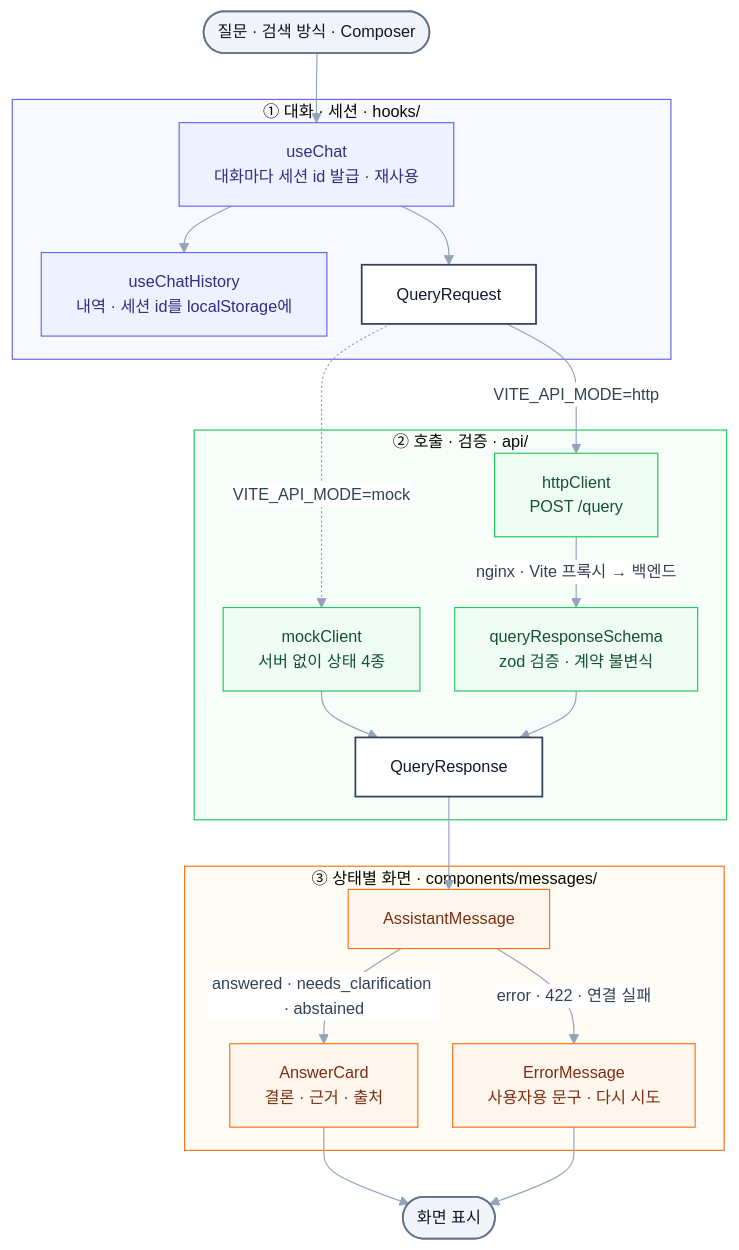
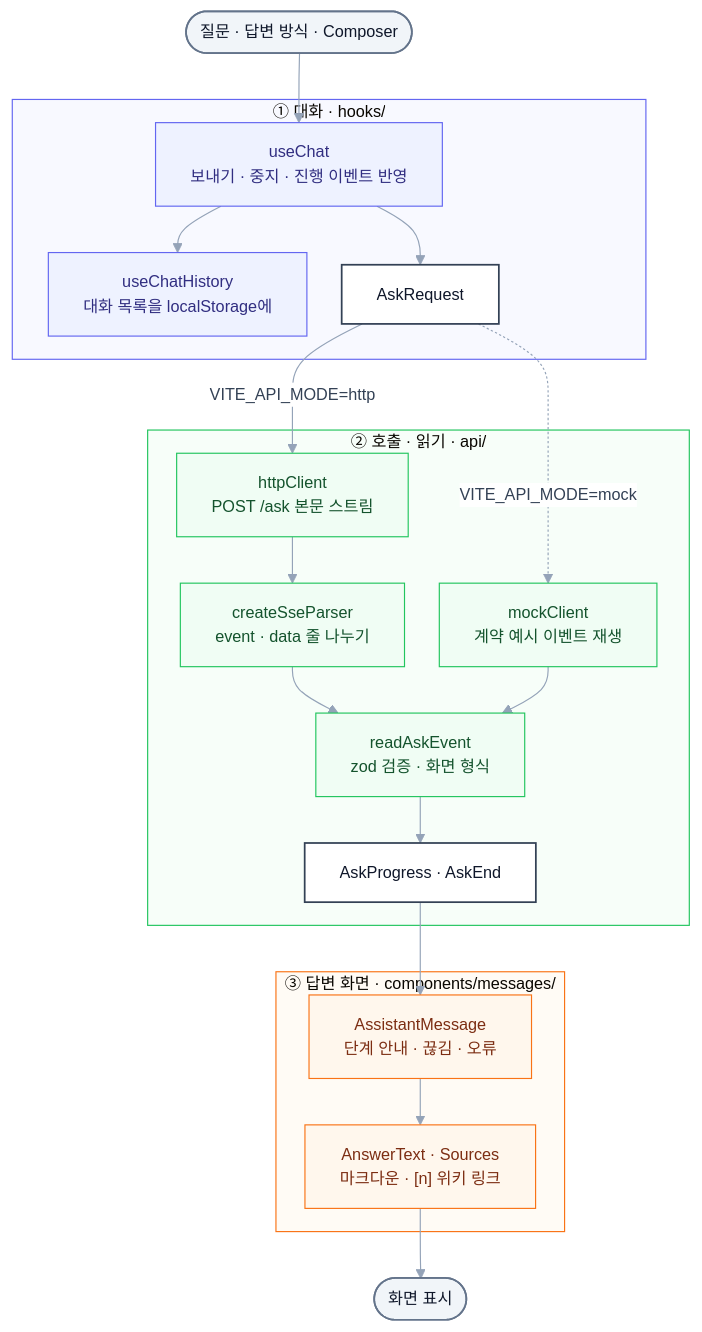
Before and after one commit to calm-sea-psy/llm-playground-web: the diagram in README.md, drawn with Mermaid. The commit also changed other lines of this file, not shown here.

````diff
--- a/README.md
+++ b/README.md
@@ -7,50 +7,49 @@
 ```mermaid
 %%{init: {"theme": "base", "flowchart": {"htmlLabels": true, "curve": "basis", "nodeSpacing": 30, "rankSpacing": 40}, "themeVariables": {"fontSize": "14px", "lineColor": "#94A3B8", "clusterBkg": "#FFFFFF", "clusterBorder": "#CBD5E1", "edgeLabelBackground": "#FFFFFF", "primaryTextColor": "#334155"}}}%%
 
 flowchart TD
-    IN(["질문 · 검색 방식 · Composer"]):::io
+    IN(["질문 · 답변 방식 · Composer"]):::io
 
-    subgraph S1["① 대화 · 세션 · hooks/"]
-        A1["useChat<br/>대화마다 세션 id 발급 · 재사용"]:::s1
-        A2["useChatHistory<br/>내역 · 세션 id를 localStorage에"]:::s1
-        R1["QueryRequest"]:::out
+    subgraph S1["① 대화 · hooks/"]
+        A1["useChat<br/>보내기 · 중지 · 진행 이벤트 반영"]:::s1
+        A2["useChatHistory<br/>대화 목록을 localStorage에"]:::s1
+        R1["AskRequest"]:::out
         A1 --> A2
         A1 --> R1
     end
 
-    subgraph S2["② 호출 · 검증 · api/"]
-        B1["httpClient<br/>POST /query"]:::s2
-        B2["mockClient<br/>서버 없이 상태 4종"]:::s2
-        B3["queryResponseSchema<br/>zod 검증 · 계약 불변식"]:::s2
-        R2["QueryResponse"]:::out
-        B1 -->|"nginx · Vite 프록시 → 백엔드"| B3
-        B2 --> R2
-        B3 --> R2
+    subgraph S2["② 호출 · 읽기 · api/"]
+        B1["httpClient<br/>POST /ask 본문 스트림"]:::s2
+        B2["createSseParser<br/>event · data 줄 나누기"]:::s2
+        B3["mockClient<br/>계약 예시 이벤트 재생"]:::s2
+        B4["readAskEvent<br/>zod 검증 · 화면 형식"]:::s2
+        R2["AskProgress · AskEnd"]:::out
+        B1 --> B2
+        B2 --> B4
+        B3 --> B4
+        B4 --> R2
     end
 
-    subgraph S3["③ 상태별 화면 · components/messages/"]
-        C1["AssistantMessage"]:::s3
-        C2["AnswerCard<br/>결론 · 근거 · 출처"]:::s3
-        C3["ErrorMessage<br/>사용자용 문구 · 다시 시도"]:::s3
-        C1 -->|"answered · needs_clarification · abstained"| C2
-        C1 -->|"error · 422 · 연결 실패"| C3
+    subgraph S3["③ 답변 화면 · components/messages/"]
+        C1["AssistantMessage<br/>단계 안내 · 끊김 · 오류"]:::s3
+        C2["AnswerText · Sources<br/>마크다운 · [n] 위키 링크"]:::s3
+        C1 --> C2
     end
 
     OUT(["화면 표시"]):::io
 
     IN --> A1
     R1 -->|"VITE_API_MODE=http"| B1
-    R1 -.->|"VITE_API_MODE=mock"| B2
+    R1 -.->|"VITE_API_MODE=mock"| B3
     R2 --> C1
     C2 --> OUT
-    C3 --> OUT
 
     style S1 fill:#F8F9FF,stroke:#6366F1
     style S2 fill:#F7FEF9,stroke:#22C55E
     style S3 fill:#FFFBF5,stroke:#F97316
     classDef io fill:#F1F5F9,stroke:#64748B,color:#0F172A,stroke-width:1.5px
     classDef s1 fill:#EEF2FF,stroke:#6366F1,color:#312E81
     classDef s2 fill:#F0FDF4,stroke:#22C55E,color:#14532D
     classDef s3 fill:#FFF7ED,stroke:#F97316,color:#7C2D12
     classDef out fill:#FFFFFF,stroke:#334155,color:#0F172A,stroke-width:1.5px
 ```
````
